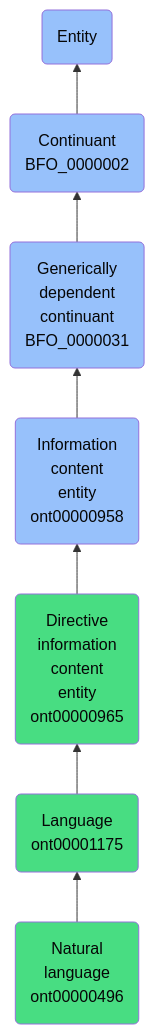
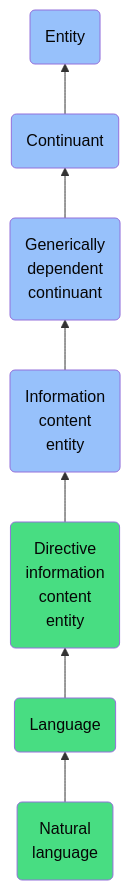
One commit to jupyter-naas/abi changed the diagram in docs/ontology/reference/model/Entity/Continuant/Generically dependent continuant/Information content entity/Directive information content entity/Language/Natural language/Natural language.md. Above: the diagram before and after it, drawn with Mermaid. The commit also changed other lines of this file and 1430 other files, not shown here.

````diff
--- a/docs/ontology/reference/model/Entity/Continuant/Generically dependent continuant/Information content entity/Directive information content entity/Language/Natural language/Natural language.md
+++ b/docs/ontology/reference/model/Entity/Continuant/Generically dependent continuant/Information content entity/Directive information content entity/Language/Natural language/Natural language.md
@@ -26,14 +26,14 @@
 ```mermaid
 graph BT
-    ont00000496(Natural<br>language<br>ont00000496):::ABI-->ont00001175
-    ont00001175(Language<br>ont00001175):::ABI-->ont00000965
-    ont00000965(Directive<br>information<br>content<br>entity<br>ont00000965):::ABI-->ont00000958
-    ont00000958(Information<br>content<br>entity<br>ont00000958):::BFO-->BFO_0000031
-    BFO_0000031(Generically<br>dependent<br>continuant<br>BFO_0000031):::BFO-->BFO_0000002
-    BFO_0000002(Continuant<br>BFO_0000002):::BFO-->BFO_0000001
+    ont00000496(Natural<br>language):::ABI-->ont00001175
+    ont00001175(Language):::ABI-->ont00000965
+    ont00000965(Directive<br>information<br>content<br>entity):::ABI-->ont00000958
+    ont00000958(Information<br>content<br>entity):::BFO-->BFO_0000031
+    BFO_0000031(Generically<br>dependent<br>continuant):::BFO-->BFO_0000002
+    BFO_0000002(Continuant):::BFO-->BFO_0000001
     BFO_0000001(Entity):::BFO
     
     classDef BFO fill:#97c1fb,color:#060606
     classDef CCO fill:#e4c51e,color:#060606
     classDef ABI fill:#48DD82,color:#060606
 ```
````
